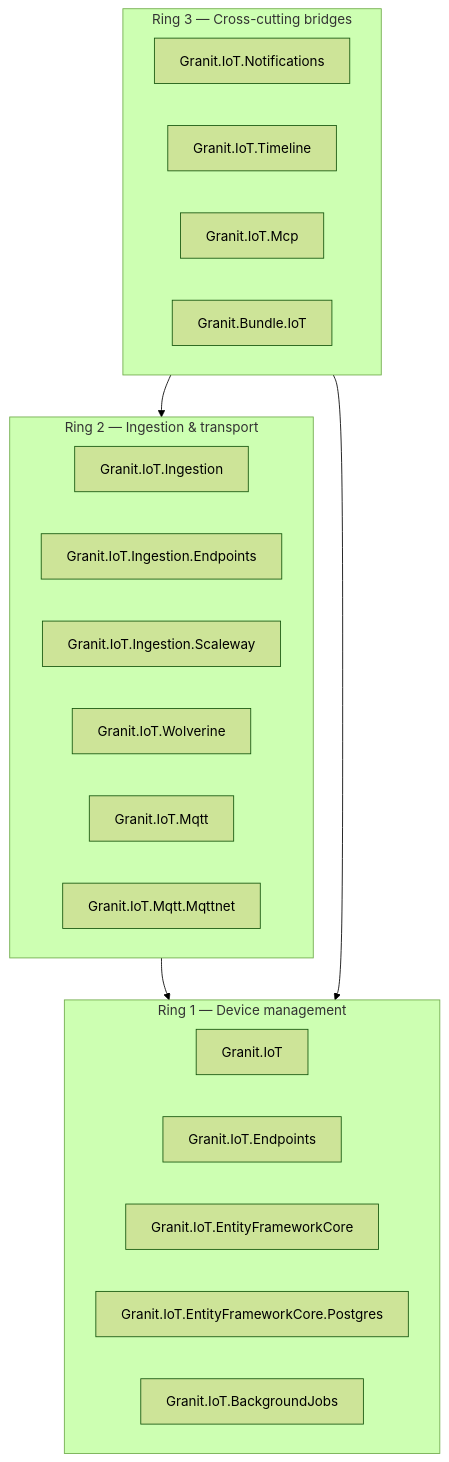
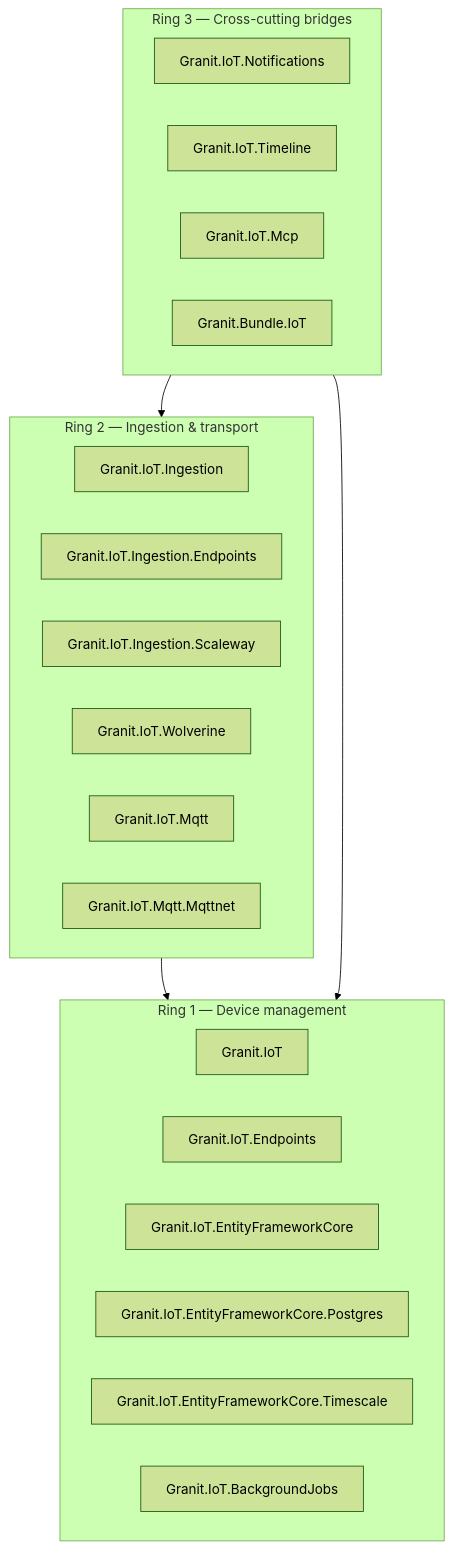
The first of 2 diagrams in docs/architecture.md (granit-fx/granit-iot), drawn with Mermaid (forest theme) before and after one commit. The commit also changed other lines of this file and 20 other files, not shown here.

````diff
--- a/docs/architecture.md
+++ b/docs/architecture.md
@@ -42,27 +42,28 @@
 ```mermaid
 flowchart TB
   subgraph R3["Ring 3 — Cross-cutting bridges"]
     N["Granit.IoT.Notifications"]
     T["Granit.IoT.Timeline"]
     MCP["Granit.IoT.Mcp"]
     B["Granit.Bundle.IoT"]
   end
   subgraph R2["Ring 2 — Ingestion & transport"]
     I["Granit.IoT.Ingestion"]
     IE["Granit.IoT.Ingestion.Endpoints"]
     IS["Granit.IoT.Ingestion.Scaleway"]
     W["Granit.IoT.Wolverine"]
     M["Granit.IoT.Mqtt"]
     MM["Granit.IoT.Mqtt.Mqttnet"]
   end
   subgraph R1["Ring 1 — Device management"]
     IOT["Granit.IoT"]
     EP["Granit.IoT.Endpoints"]
     EF["Granit.IoT.EntityFrameworkCore"]
     EFP["Granit.IoT.EntityFrameworkCore.Postgres"]
+    EFT["Granit.IoT.EntityFrameworkCore.Timescale"]
     BJ["Granit.IoT.BackgroundJobs"]
   end
   R2 --> R1
   R3 --> R2
   R3 --> R1
 ```
````
